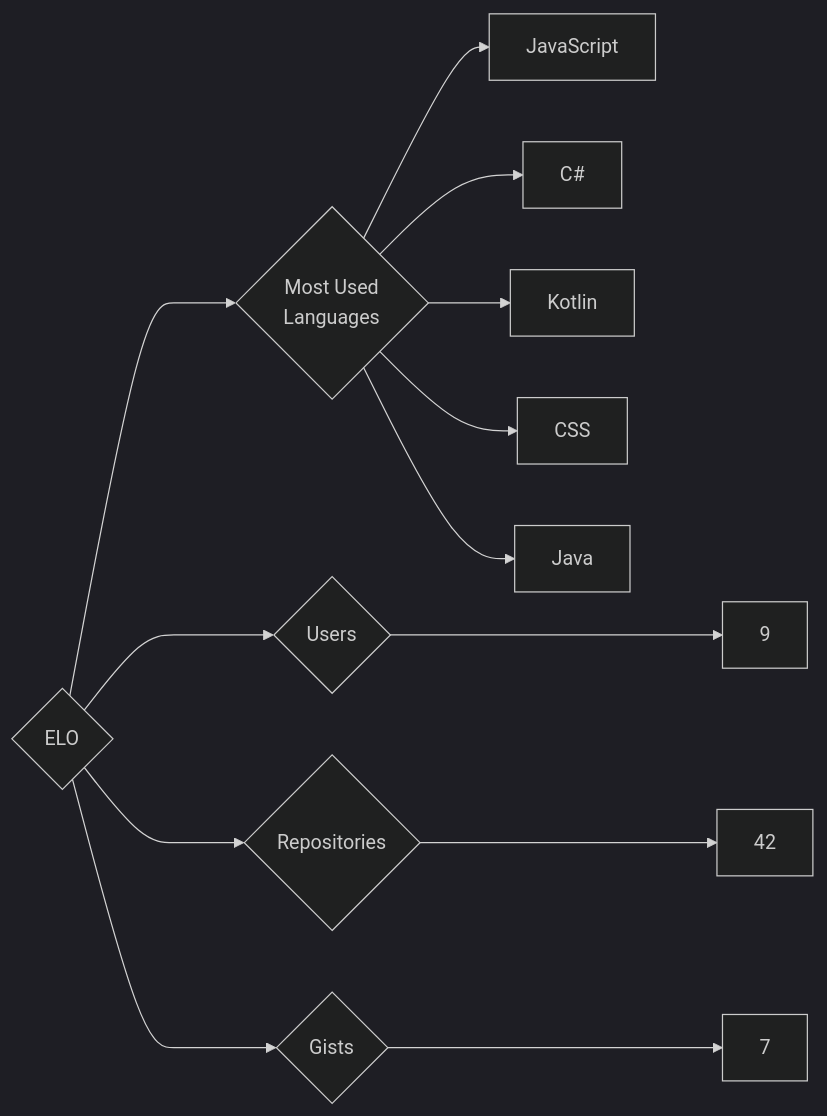
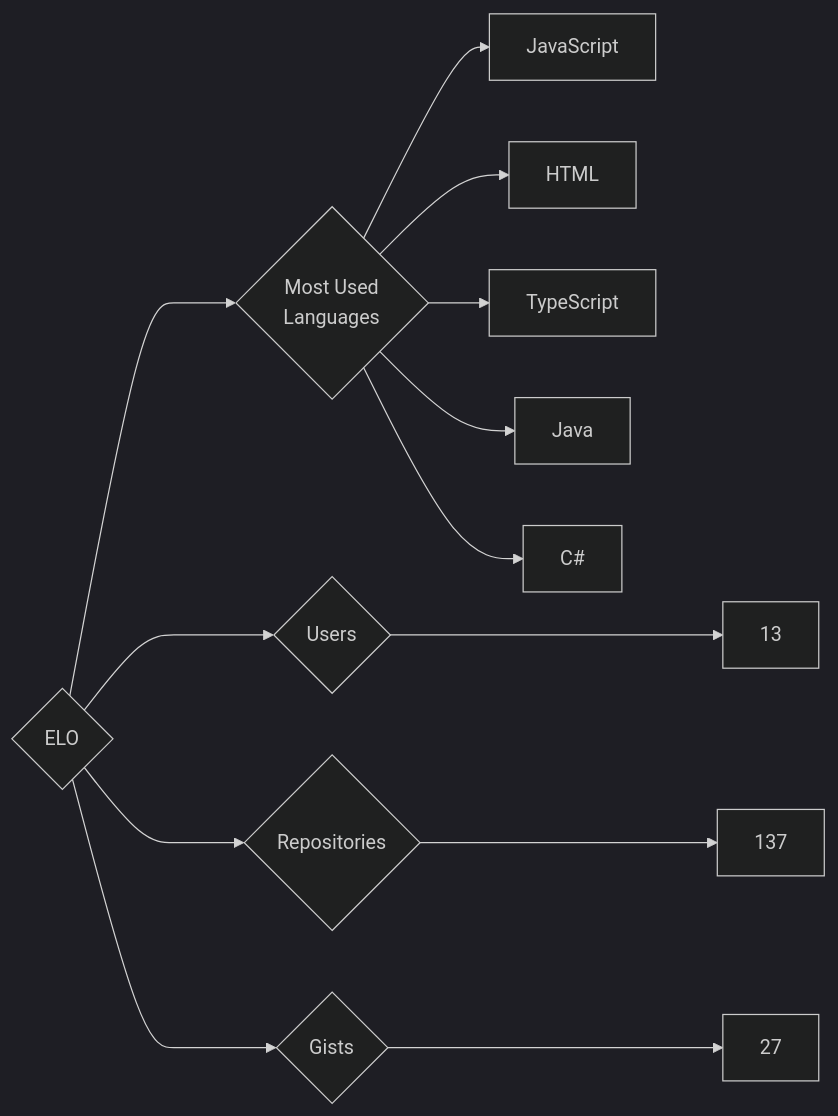
One commit to trickest/insiders changed the diagram in targets/ELO/README.md. Above: the diagram before and after it, drawn with Mermaid (dark theme). The commit also changed 657 other files, not shown here.

````diff
--- a/targets/ELO/README.md
+++ b/targets/ELO/README.md
@@ -3,13 +3,13 @@
 ```mermaid
 graph LR
 COMPANY_NAME{ELO}
-COMPANY_NAME ---> U{Users} ---> UN[9]
-COMPANY_NAME ---> R{Repositories} ---> RN[42]
-COMPANY_NAME ---> G{Gists} ---> GN[7]
+COMPANY_NAME ---> U{Users} ---> UN[13]
+COMPANY_NAME ---> R{Repositories} ---> RN[137]
+COMPANY_NAME ---> G{Gists} ---> GN[27]
 COMPANY_NAME ---> ML{Most Used<br>Languages}
 ML --> JavaScript[JavaScript]
+ML --> HTML[HTML]
+ML --> TypeScript[TypeScript]
+ML --> Java[Java]
 ML --> C#[C#]
-ML --> Kotlin[Kotlin]
-ML --> CSS[CSS]
-ML --> Java[Java]
 ```
````
